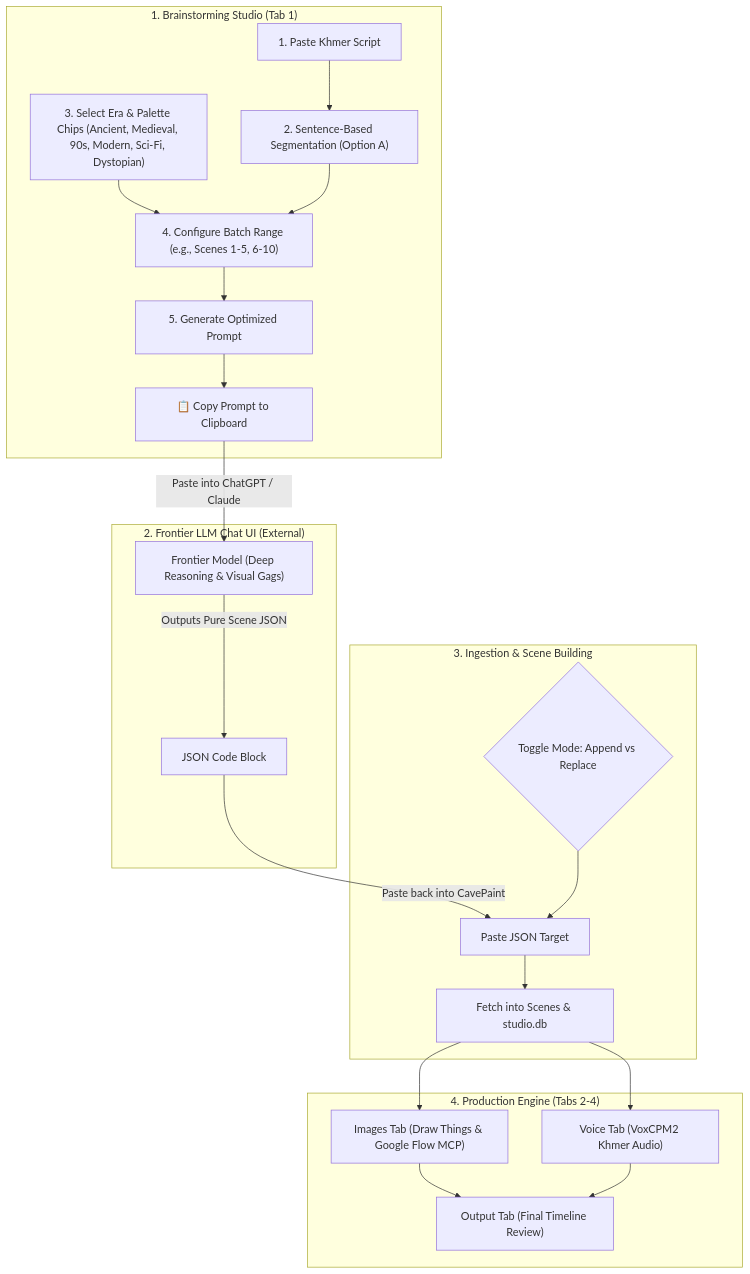
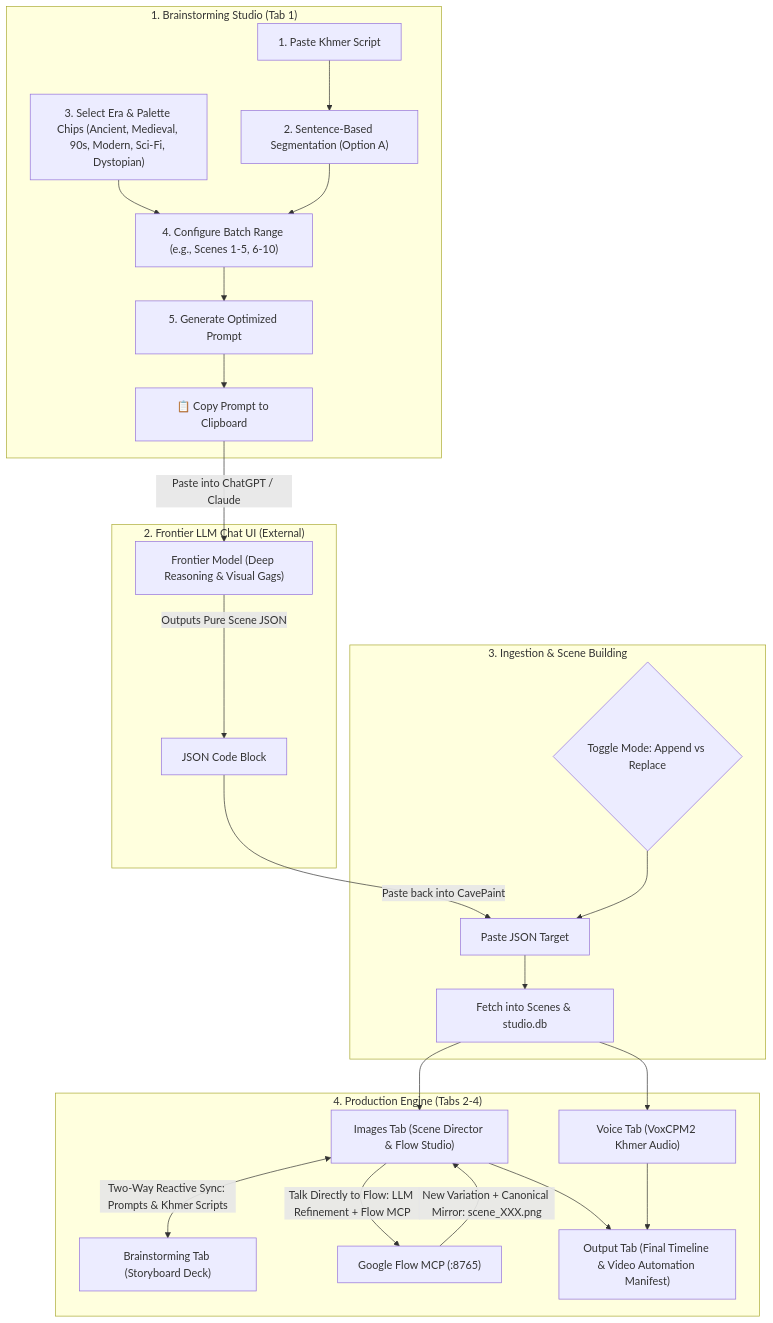
Before and after one commit to manet09/CavePaint: the first of 2 diagrams in overview.md, drawn with Mermaid. The commit also changed other lines of this file and 6 other files, not shown here.

````diff
--- a/overview.md
+++ b/overview.md
@@ -26,28 +26,31 @@
 ```mermaid
 flowchart TD
     subgraph CreatorFlow ["1. Brainstorming Studio (Tab 1)"]
         UserScript["1. Paste Khmer Script"] --> SentenceSegmentation["2. Sentence-Based Segmentation (Option A)"]
         ThemePicker["3. Select Era & Palette Chips (Ancient, Medieval, 90s, Modern, Sci-Fi, Dystopian)"] --> BatchSelector["4. Configure Batch Range (e.g., Scenes 1-5, 6-10)"]
         SentenceSegmentation --> BatchSelector
         BatchSelector --> PromptGenerator["5. Generate Optimized Prompt"]
         PromptGenerator --> CopyClipboard["📋 Copy Prompt to Clipboard"]
     end
 
     subgraph FrontierBridge ["2. Frontier LLM Chat UI (External)"]
         CopyClipboard -->|Paste into ChatGPT / Claude| FrontierLLM["Frontier Model (Deep Reasoning & Visual Gags)"]
         FrontierLLM -->|Outputs Pure Scene JSON| JSONResponse["JSON Code Block"]
     end
 
     subgraph IngestionFlow ["3. Ingestion & Scene Building"]
         JSONResponse -->|Paste back into CavePaint| JSONInput["Paste JSON Target"]
         ToggleMode{"Toggle Mode: Append vs Replace"} --> JSONInput
         JSONInput --> SceneBuilder["Fetch into Scenes & studio.db"]
     end
 
     subgraph ProductionPipeline ["4. Production Engine (Tabs 2-4)"]
-        SceneBuilder --> ImagesTab["Images Tab (Draw Things & Google Flow MCP)"]
+        SceneBuilder --> ImagesTab["Images Tab (Scene Director & Flow Studio)"]
         SceneBuilder --> VoiceTab["Voice Tab (VoxCPM2 Khmer Audio)"]
-        ImagesTab --> OutputTab["Output Tab (Final Timeline Review)"]
+        ImagesTab <-->|Two-Way Reactive Sync: Prompts & Khmer Scripts| BrainstormingStudio["Brainstorming Tab (Storyboard Deck)"]
+        ImagesTab -->|Talk Directly to Flow: LLM Refinement + Flow MCP| FlowRender["Google Flow MCP (:8765)"]
+        FlowRender -->|New Variation + Canonical Mirror: scene_XXX.png| ImagesTab
+        ImagesTab --> OutputTab["Output Tab (Final Timeline & Video Automation Manifest)"]
         VoiceTab --> OutputTab
     end
 ```
````
